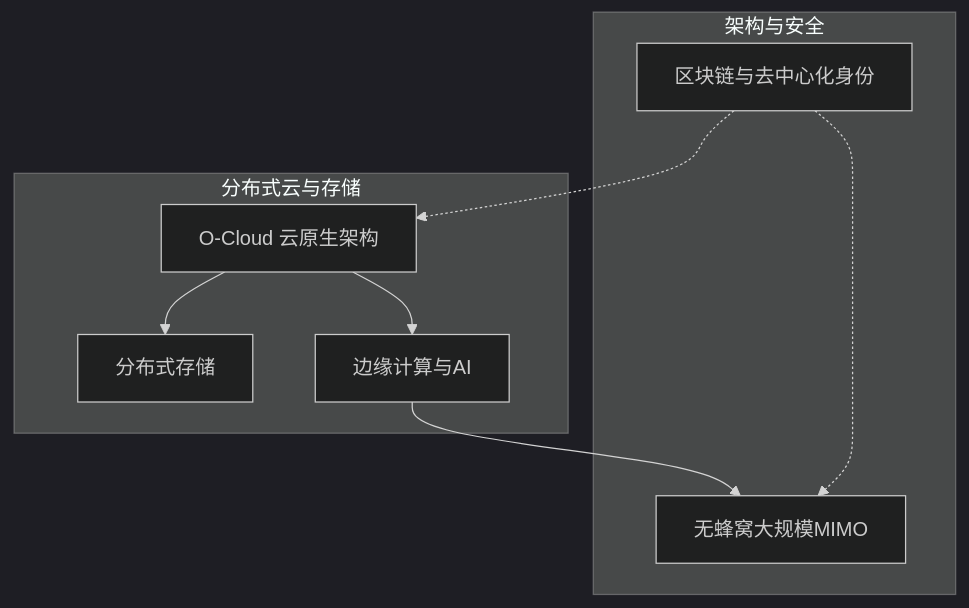
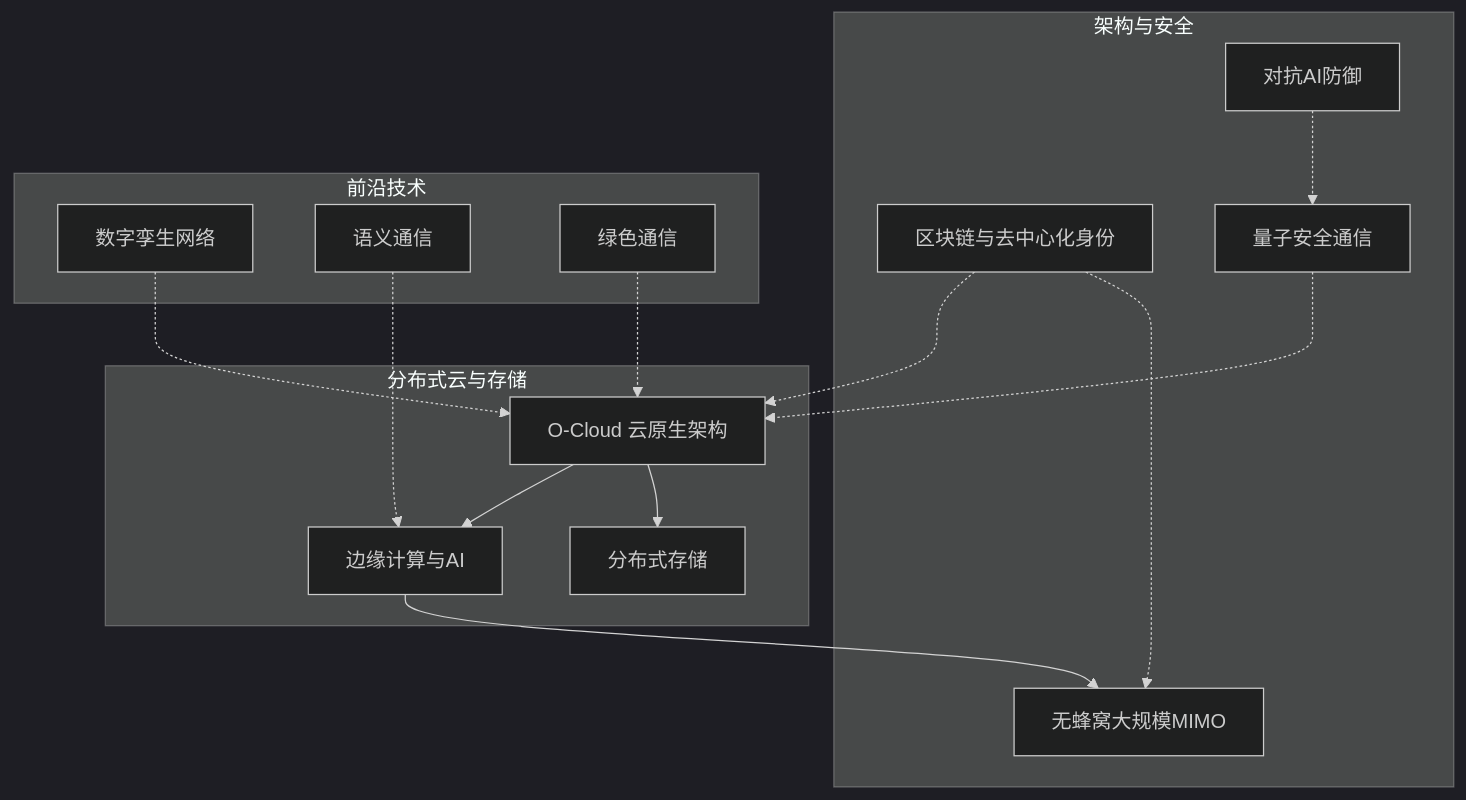
Before and after one commit to allengaller/oran-database: the fifth of 7 diagrams in .qoder/repowiki/zh/content/未来发展/研究前沿动态/研究前沿动态.md, drawn with Mermaid (dark theme). The commit also changed other lines of this file and 32 other files, not shown here.

````diff
--- a/.qoder/repowiki/zh/content/未来发展/研究前沿动态/研究前沿动态.md
+++ b/.qoder/repowiki/zh/content/未来发展/研究前沿动态/研究前沿动态.md
@@ -229,17 +275,29 @@
 ```mermaid
 graph TB
 subgraph "分布式云与存储"
 OCloud["O-Cloud 云原生架构"]
 Storage["分布式存储"]
 Edge["边缘计算与AI"]
 end
 subgraph "架构与安全"
 Mesh["无蜂窝大规模MIMO"]
 Chain["区块链与去中心化身份"]
+Quantum["量子安全通信"]
+Adversarial["对抗AI防御"]
+end
+subgraph "前沿技术"
+DigitalTwin["数字孪生网络"]
+Semantic["语义通信"]
+GreenComm["绿色通信"]
 end
 OCloud --> Edge
 Edge --> Mesh
 OCloud --> Storage
 Chain -.-> OCloud
 Chain -.-> Mesh
+Quantum -.-> OCloud
+Adversarial -.-> Quantum
+DigitalTwin -.-> OCloud
+Semantic -.-> Edge
+GreenComm -.-> OCloud
 ```
````
